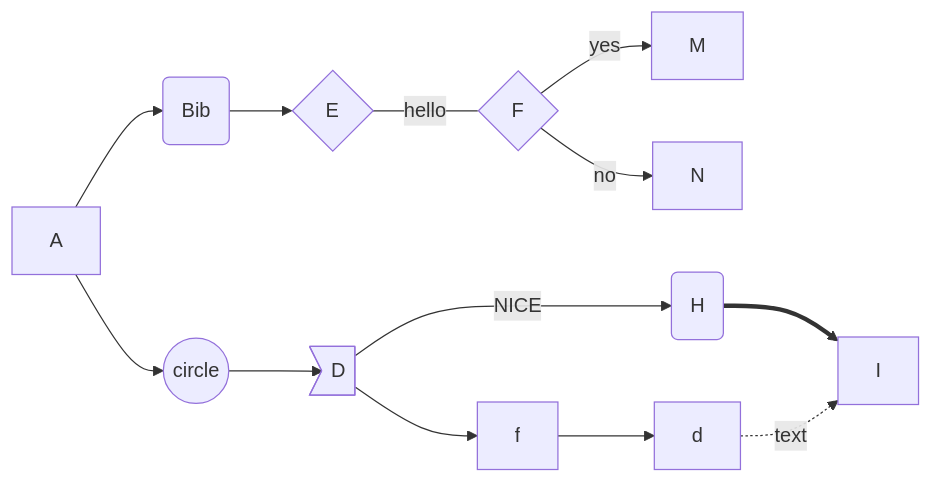
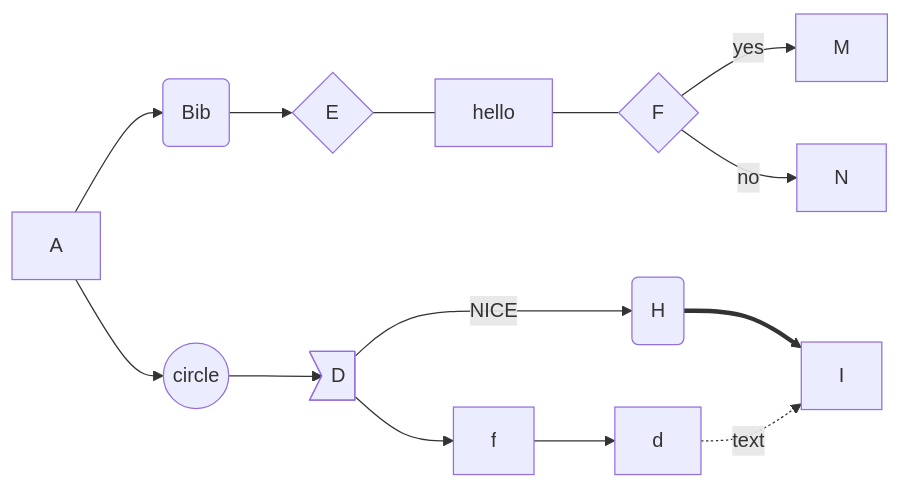
The first of 2 diagrams in 003_typora使用笔记.md (tq1258123/PythonNotes), drawn with Mermaid before and after one commit. The commit also changed 47 other files, not shown here.

````diff
--- a/003_typora使用笔记.md
+++ b/003_typora使用笔记.md
@@ -92,15 +92,15 @@
 ```mermaid
 graph LR
     A[A] --> B(Bib)
     B --> E{E}
-    E -- hello ---F{F}
+    E ---hello---F{F}
     F -->|yes|M
     F -->|no|N
     A --> C((circle))
     C --> D>D]
     D --> |NICE|H(H)
     H ==> I
     D --> f
     f --> d
     d -. text .-> I
 ```
````
